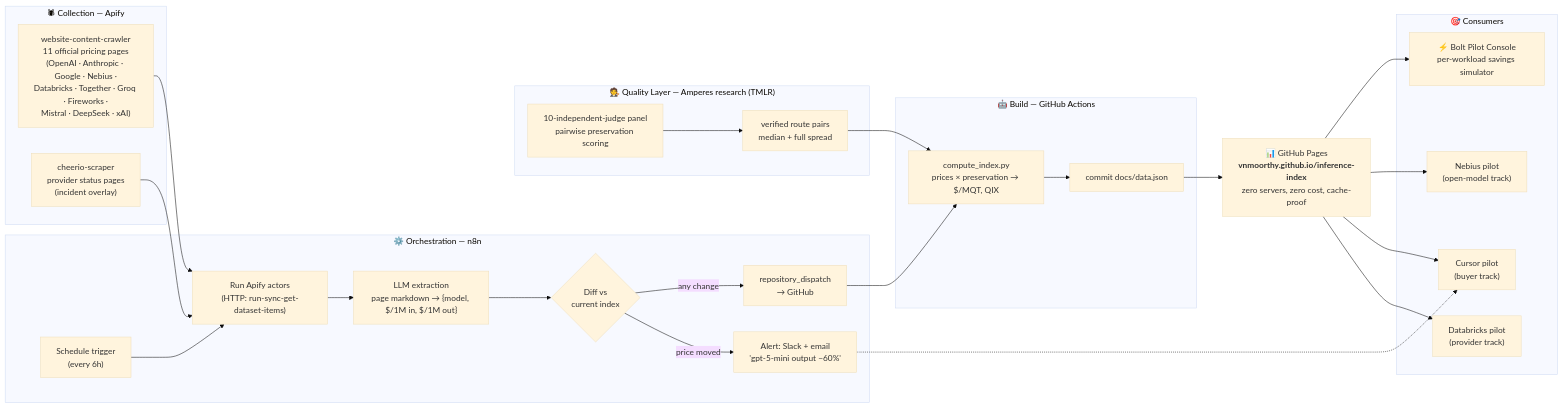
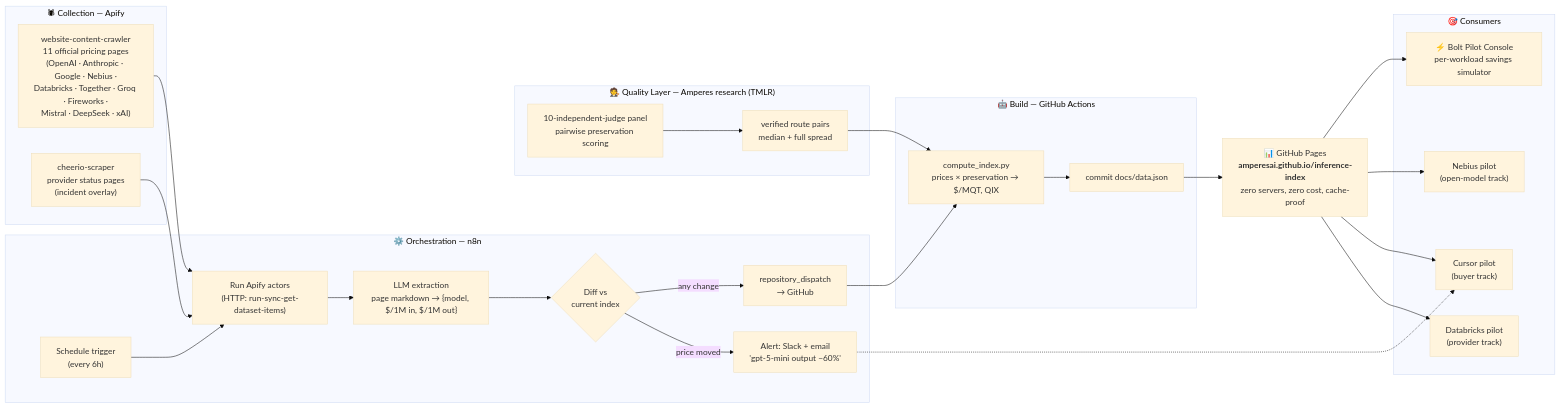
One commit to AmperesAI/inference-index changed the first of 2 diagrams in README.md. Above: the diagram before and after it, drawn with Mermaid (base theme). The commit also changed other lines of this file and 3 other files, not shown here.

Commit message:
chore: move canonical home to AmperesAI/inference-index

````diff
--- a/README.md
+++ b/README.md
@@ -45,42 +45,42 @@
 ```mermaid
 flowchart LR
     subgraph APIFY["🕷 Collection — Apify"]
         A1["website-content-crawler<br/>11 official pricing pages<br/>(OpenAI · Anthropic · Google · Nebius ·<br/>Databricks · Together · Groq · Fireworks ·<br/>Mistral · DeepSeek · xAI)"]
         A2["cheerio-scraper<br/>provider status pages<br/>(incident overlay)"]
     end
 
     subgraph N8N["⚙️ Orchestration — n8n"]
         N1["Schedule trigger<br/>(every 6h)"] --> N2["Run Apify actors<br/>(HTTP: run-sync-get-dataset-items)"]
         N2 --> N3["LLM extraction<br/>page markdown → {model, $/1M in, $/1M out}"]
         N3 --> N4{"Diff vs<br/>current index"}
         N4 -- "price moved" --> N5["Alert: Slack + email<br/>'gpt-5-mini output −60%'"]
         N4 -- "any change" --> N6["repository_dispatch<br/>→ GitHub"]
     end
 
     subgraph QUALITY["🧑‍⚖️ Quality Layer — Amperes research (TMLR)"]
         Q1["10-independent-judge panel<br/>pairwise preservation scoring"]
         Q2["verified route pairs<br/>median + full spread"]
     end
 
     subgraph CI["🤖 Build — GitHub Actions"]
         G1["compute_index.py<br/>prices × preservation → $/MQT, QIX"]
         G2["commit docs/data.json"]
     end
 
-    SITE["📊 GitHub Pages<br/><b>vnmoorthy.github.io/inference-index</b><br/>zero servers, zero cost, cache-proof"]
+    SITE["📊 GitHub Pages<br/><b>amperesai.github.io/inference-index</b><br/>zero servers, zero cost, cache-proof"]
 
     subgraph CONSUMERS["🎯 Consumers"]
         C1["Databricks pilot<br/>(provider track)"]
         C2["Cursor pilot<br/>(buyer track)"]
         C3["Nebius pilot<br/>(open-model track)"]
         B1["⚡ Bolt Pilot Console<br/>per-workload savings simulator"]
     end
 
     A1 --> N2
     A2 --> N2
     Q1 --> Q2 --> G1
     N6 --> G1 --> G2 --> SITE
     N5 -.-> C2
     SITE --> C1 & C2 & C3
     SITE --> B1
 ```
````
